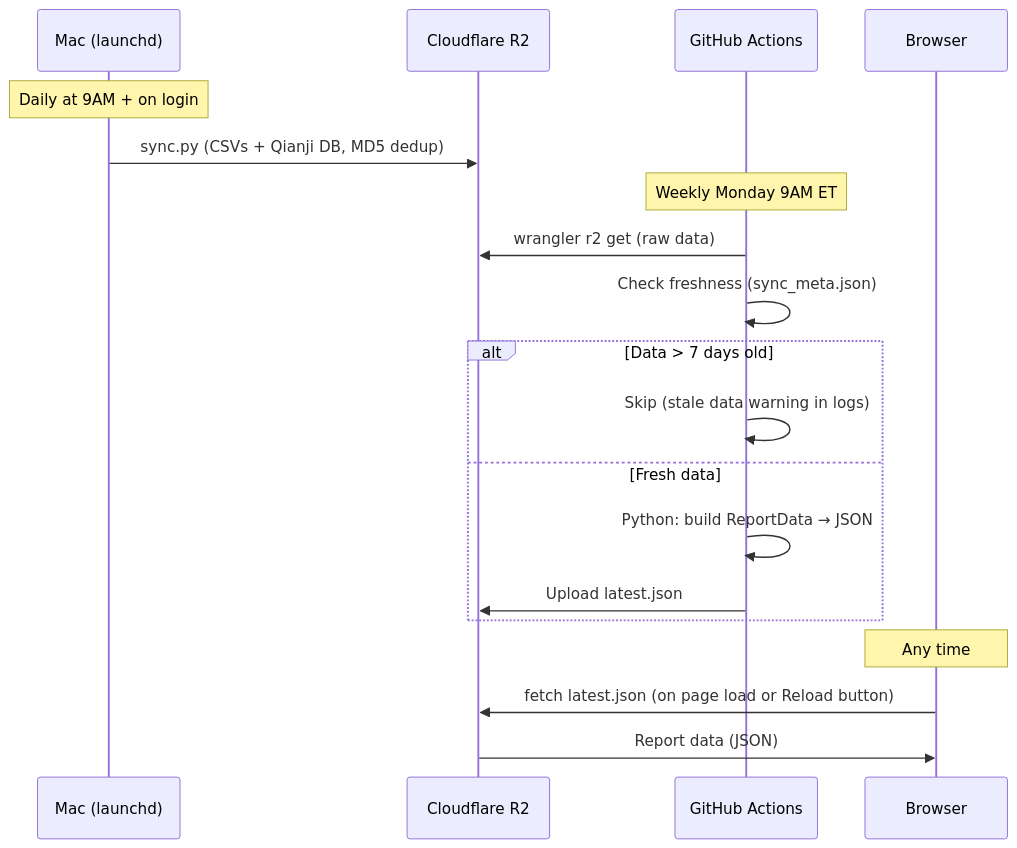
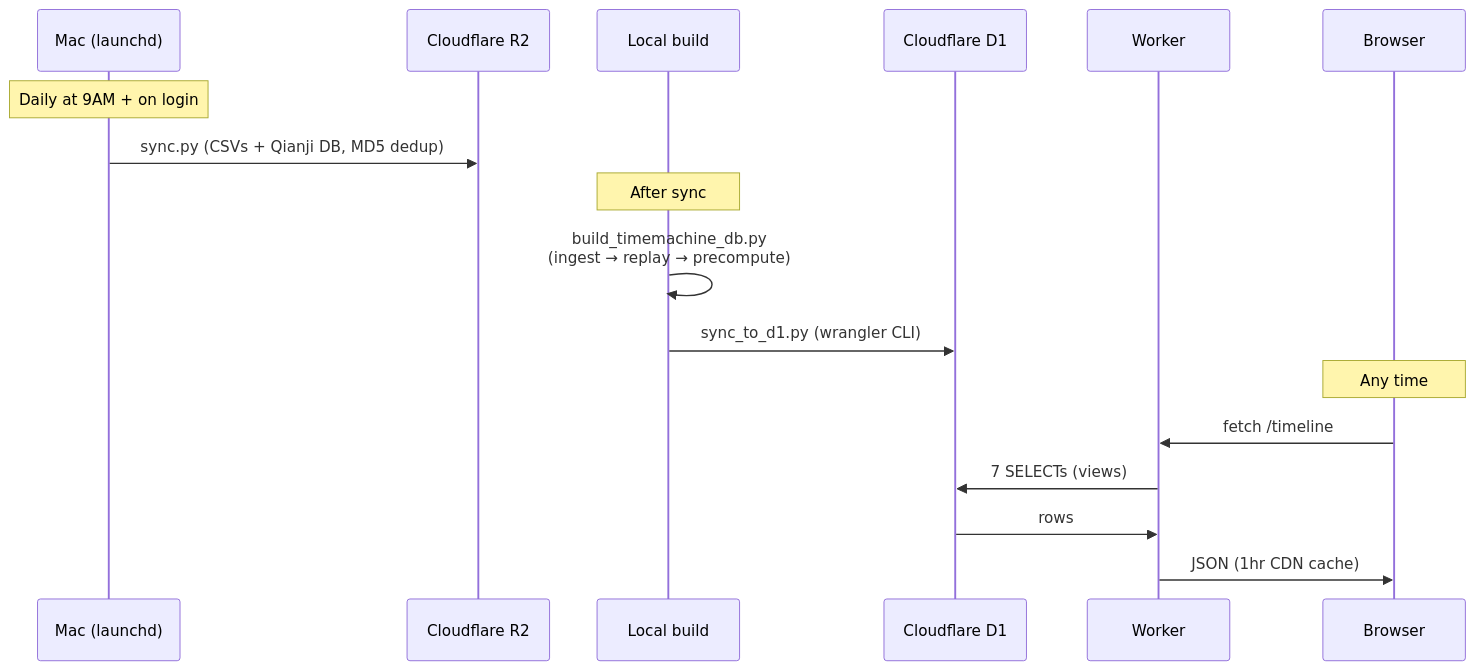
One commit to Guoyuer/portal changed the second of 3 diagrams in README.md. Above: the diagram before and after it, drawn with Mermaid. The commit also changed other lines of this file and 2 other files, not shown here.

First line of the commit message:
docs: update README, CLAUDE.md, timemachine-design to match current codebase

````diff
--- a/README.md
+++ b/README.md
@@ -47,24 +66,22 @@
 ```mermaid
 sequenceDiagram
     participant Mac as Mac (launchd)
     participant R2 as Cloudflare R2
-    participant GA as GitHub Actions
+    participant Local as Local build
+    participant D1 as Cloudflare D1
+    participant Worker as Worker
     participant User as Browser
 
     Note over Mac: Daily at 9AM + on login
     Mac->>R2: sync.py (CSVs + Qianji DB, MD5 dedup)
 
-    Note over GA: Weekly Monday 9AM ET
-    GA->>R2: wrangler r2 get (raw data)
-    GA->>GA: Check freshness (sync_meta.json)
-    alt Data > 7 days old
-        GA->>GA: Skip (stale data warning in logs)
-    else Fresh data
-        GA->>GA: Python: build ReportData → JSON
-        GA->>R2: Upload latest.json
-    end
+    Note over Local: After sync
+    Local->>Local: build_timemachine_db.py<br/>(ingest → replay → precompute)
+    Local->>D1: sync_to_d1.py (wrangler CLI)
 
     Note over User: Any time
-    User->>R2: fetch latest.json (on page load or Reload button)
-    R2->>User: Report data (JSON)
+    User->>Worker: fetch /timeline
+    Worker->>D1: 7 SELECTs (views)
+    D1->>Worker: rows
+    Worker->>User: JSON (1hr CDN cache)
 ```
````
